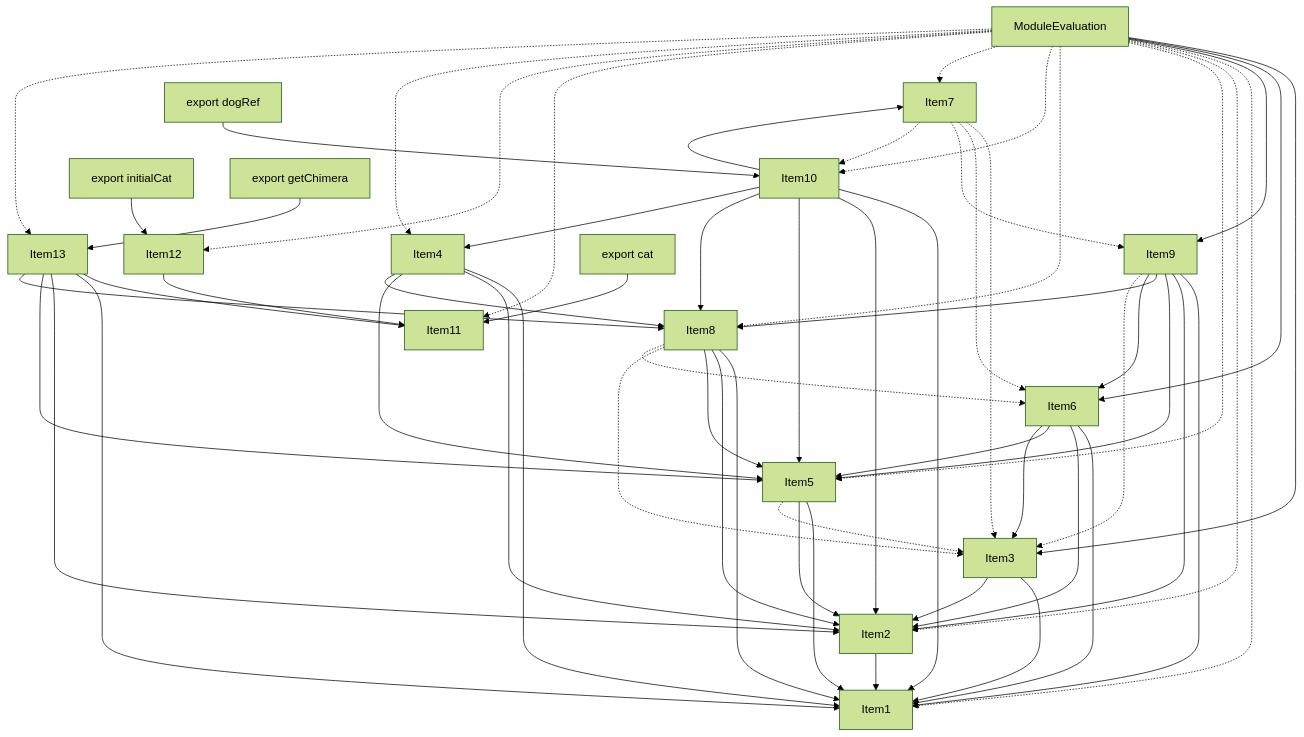
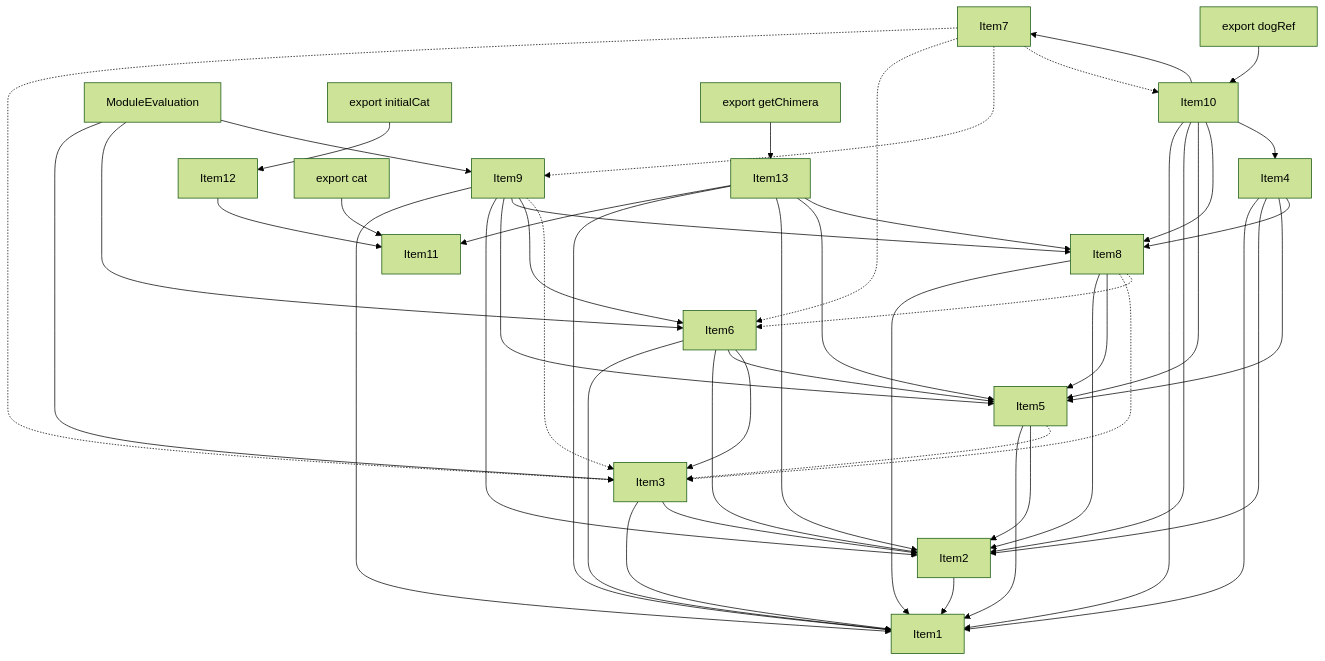
The fourth of 5 diagrams in crates/turbopack-ecmascript/tests/tree-shaker/analyzer/complex/output.md (vercel/turborepo), drawn with Mermaid (forest theme) before and after one commit. The commit also changed other lines of this file and 3 other files, not shown here.

```diff
--- a/crates/turbopack-ecmascript/tests/tree-shaker/analyzer/complex/output.md
+++ b/crates/turbopack-ecmascript/tests/tree-shaker/analyzer/complex/output.md
@@ -362,16 +362,6 @@
     Item14 --> Item3;
     Item14 --> Item6;
     Item14 --> Item9;
-    Item14 -.-> Item1;
-    Item14 -.-> Item2;
-    Item14 -.-> Item5;
-    Item14 -.-> Item8;
-    Item14 -.-> Item10;
-    Item14 -.-> Item7;
-    Item14 -.-> Item11;
-    Item14 -.-> Item12;
-    Item14 -.-> Item4;
-    Item14 -.-> Item13;
     Item15 --> Item10;
     Item16 --> Item11;
     Item17 --> Item12;
```
